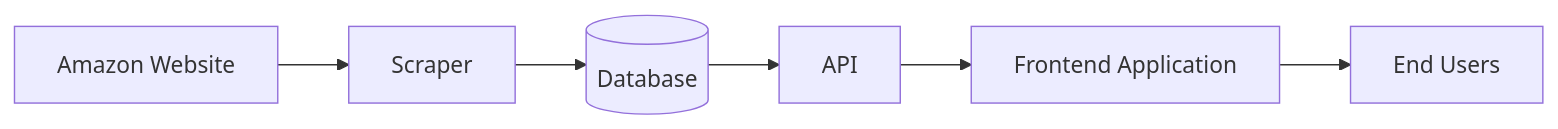
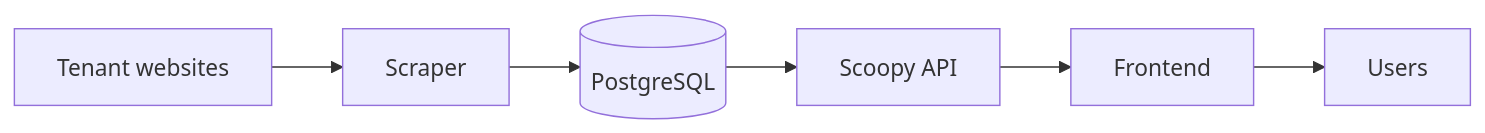
The diagram in README.md (Enriquecava/Scoopy), drawn with Mermaid before and after one commit. The commit also changed other lines of this file and 5 other files, not shown here.

````diff
--- a/README.md
+++ b/README.md
@@ -40,8 +49,8 @@
 ```mermaid
 flowchart LR
-    A[Amazon Website] --> B[Scraper]
-    B --> C[(Database)]
-    C --> D[API]
-    D --> E[Frontend Application]
-    E --> F[End Users]
+    A[Tenant websites] --> B[Scraper]
+    B --> C[(PostgreSQL)]
+    C --> D[Scoopy API]
+    D --> E[Frontend]
+    E --> F[Users]
 ```
````
